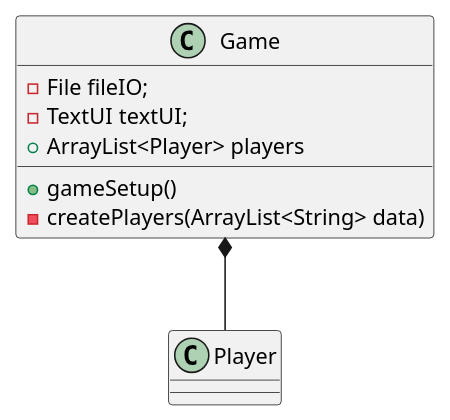
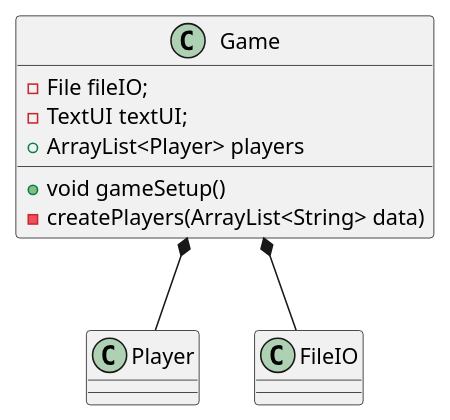
The diagram in Documentation/classdiagram_v1.0.puml (christoffertimm/OOP2-opgaver), drawn with PlantUML before and after one commit. The commit also changed 9 other files, not shown here.

```diff
--- a/Documentation/classdiagram_v1.0.puml
+++ b/Documentation/classdiagram_v1.0.puml
@@ -1,12 +1,17 @@
 @startuml
 class Game
 class Player
+class FileIO
 
 Game : - File fileIO;
 Game : - TextUI textUI;
 Game : + ArrayList<Player> players
-Game : + gameSetup()
+Game : + void gameSetup()
 Game : - createPlayers(ArrayList<String> data)
 
+Game *-- FileIO
 Game *-- Player
+
+
+
 @enduml
```
